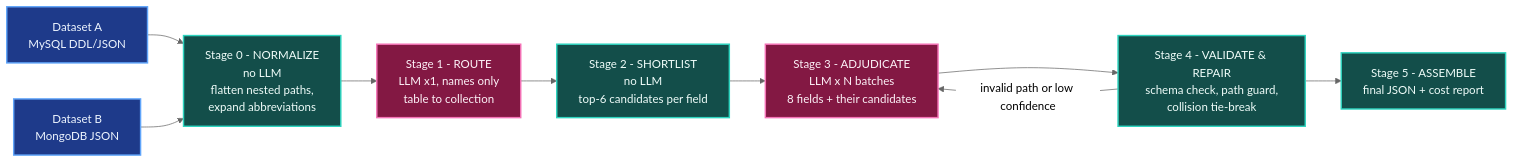
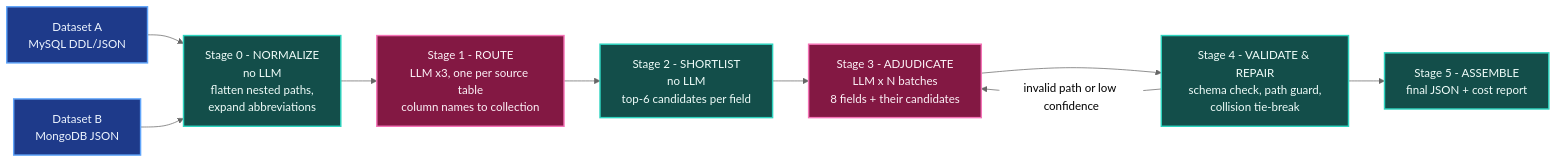
The second of 3 diagrams in project_plans/schema_field_mapper_plan.md (Raviteja-Ainampudi/schema_field_mapper), drawn with Mermaid (neutral theme) before and after one commit. The commit also changed other lines of this file, not shown here.

````diff
--- a/project_plans/schema_field_mapper_plan.md
+++ b/project_plans/schema_field_mapper_plan.md
@@ -173,23 +176,23 @@
 ```mermaid
 flowchart LR
     A["Dataset A<br/>MySQL DDL/JSON"] --> S0
     B["Dataset B<br/>MongoDB JSON"] --> S0
 
     S0["Stage 0 - NORMALIZE<br/>no LLM<br/>flatten nested paths,<br/>expand abbreviations"]
-    S1["Stage 1 - ROUTE<br/>LLM x1, names only<br/>table to collection"]
+    S1["Stage 1 - ROUTE<br/>LLM x3, one per source table<br/>column names to collection"]
     S2["Stage 2 - SHORTLIST<br/>no LLM<br/>top-6 candidates per field"]
     S3["Stage 3 - ADJUDICATE<br/>LLM x N batches<br/>8 fields + their candidates"]
     S4["Stage 4 - VALIDATE & REPAIR<br/>schema check, path guard,<br/>collision tie-break"]
     S5["Stage 5 - ASSEMBLE<br/>final JSON + cost report"]
 
     S0 --> S1 --> S2 --> S3 --> S4 --> S5
     S4 -->|"invalid path or low confidence"| S3
 
     classDef det fill:#134e4a,stroke:#2dd4bf,stroke-width:2px,color:#f0fdfa
     classDef llm fill:#831843,stroke:#f472b6,stroke-width:2px,color:#fdf2f8
     classDef io fill:#1e3a8a,stroke:#60a5fa,stroke-width:2px,color:#eff6ff
 
     class A,B io
     class S0,S2,S4,S5 det
     class S1,S3 llm
 ```
````
